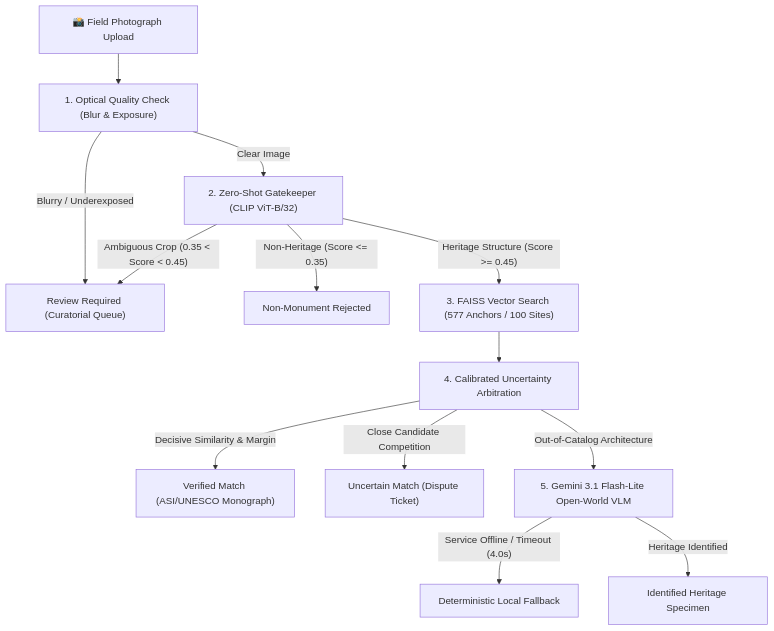
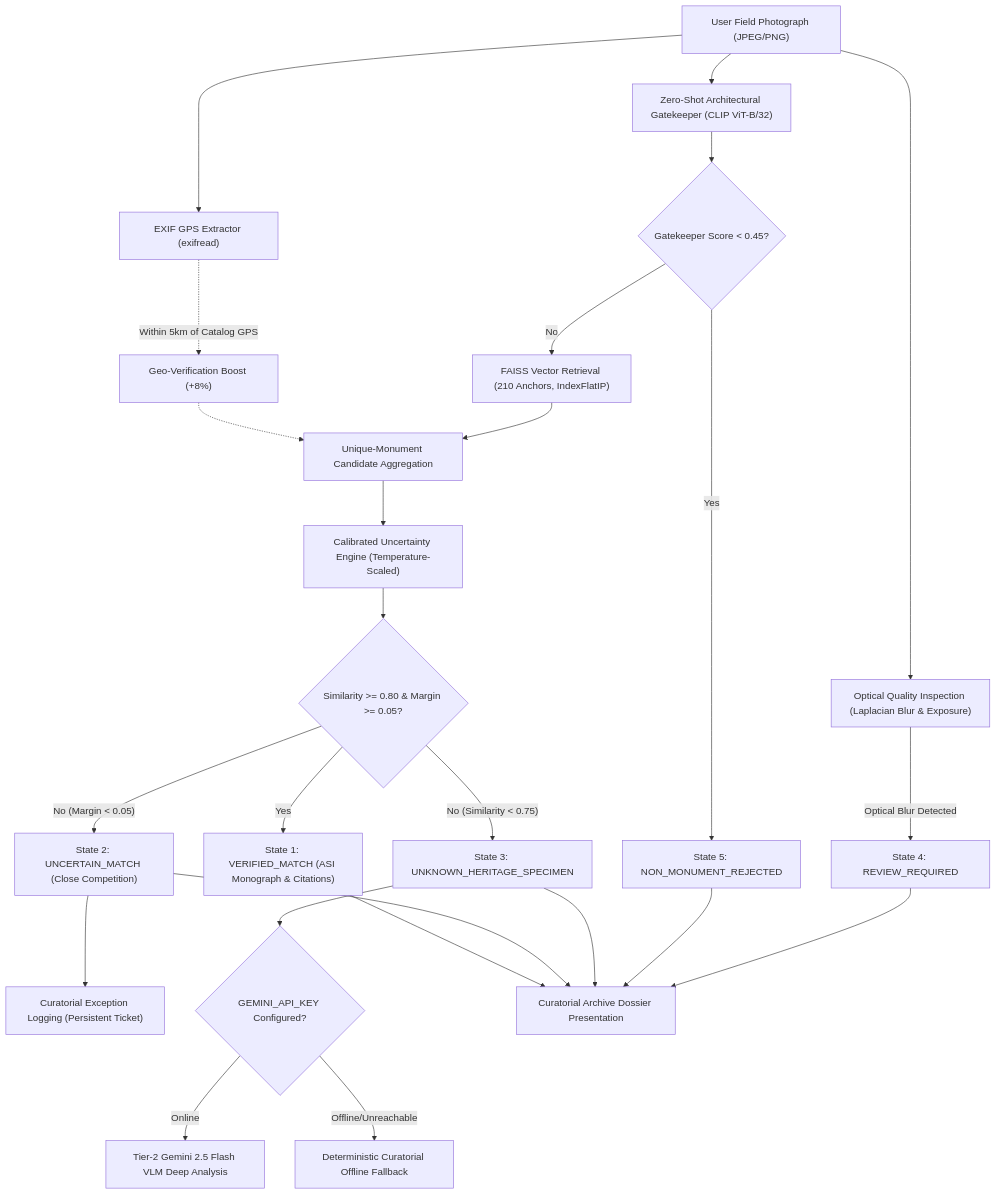
One commit to humaidmalik63-png/Heritage-Recognisation-System changed the diagram in README.md. Above: the diagram before and after it, drawn with Mermaid. The commit also changed other lines of this file and 172 other files, not shown here.

````diff
--- a/README.md
+++ b/README.md
@@ -73,20 +24,36 @@
 ```mermaid
 flowchart TD
-    User["📸 Field Photograph Upload"] --> Quality["1. Optical Quality Check (Blur & Exposure)"]
+    UserUpload["User Field Photograph (JPEG/PNG)"] --> Gatekeeper["Zero-Shot Architectural Gatekeeper (CLIP ViT-B/32)"]
+    UserUpload --> ExifEngine["EXIF GPS Extractor (exifread)"]
+    UserUpload --> QualityCheck["Optical Quality Inspection (Laplacian Blur & Exposure)"]
     
-    Quality -- Blurry / Underexposed --> ReviewReq["Review Required (Curatorial Queue)"]
-    Quality -- Clear Image --> Gatekeeper["2. Zero-Shot Gatekeeper (CLIP ViT-B/32)"]
+    QualityCheck -- Optical Blur Detected --> ReviewReq["State 4: REVIEW_REQUIRED"]
     
-    Gatekeeper -- Non-Heritage (Score <= 0.35) --> Reject["Non-Monument Rejected"]
-    Gatekeeper -- Ambiguous Crop (0.35 < Score < 0.45) --> ReviewReq
-    Gatekeeper -- Heritage Structure (Score >= 0.45) --> VectorSearch["3. FAISS Vector Search (577 Anchors / 100 Sites)"]
+    Gatekeeper --> GateCheck{"Gatekeeper Score < 0.45?"}
+    GateCheck -- Yes --> NonMon["State 5: NON_MONUMENT_REJECTED"]
     
-    VectorSearch --> CalibratedEngine["4. Calibrated Uncertainty Arbitration"]
+    GateCheck -- No --> FaissSearch["FAISS Vector Retrieval (210 Anchors, IndexFlatIP)"]
+    ExifEngine -. Within 5km of Catalog GPS .-> GeoBoost["Geo-Verification Boost (+8%)"]
+    GeoBoost -.-> CandidateFilter
+    FaissSearch --> CandidateFilter["Unique-Monument Candidate Aggregation"]
     
-    CalibratedEngine -- Decisive Similarity & Margin --> VerifiedMatch["Verified Match (ASI/UNESCO Monograph)"]
-    CalibratedEngine -- Close Candidate Competition --> Uncertain["Uncertain Match (Dispute Ticket)"]
-    CalibratedEngine -- Out-of-Catalog Architecture --> GeminiTier2["5. Gemini 3.1 Flash-Lite Open-World VLM"]
+    CandidateFilter --> UncertaintyEngine["Calibrated Uncertainty Engine (Temperature-Scaled)"]
     
-    GeminiTier2 -- Service Offline / Timeout (4.0s) --> DeterministicFallback["Deterministic Local Fallback"]
-    GeminiTier2 -- Heritage Identified --> OutOfCatalog["Identified Heritage Specimen"]
+    UncertaintyEngine --> DecisiveCheck{"Similarity >= 0.80 & Margin >= 0.05?"}
+    DecisiveCheck -- Yes --> VerifiedMatch["State 1: VERIFIED_MATCH (ASI Monograph & Citations)"]
+    
+    DecisiveCheck -- No (Margin < 0.05) --> UncertainMatch["State 2: UNCERTAIN_MATCH (Close Competition)"]
+    DecisiveCheck -- No (Similarity < 0.75) --> UnknownSpecimen["State 3: UNKNOWN_HERITAGE_SPECIMEN"]
+    
+    UncertainMatch --> ExceptionLogger["Curatorial Exception Logging (Persistent Ticket)"]
+    UnknownSpecimen --> Tier2Check{"GEMINI_API_KEY Configured?"}
+    
+    Tier2Check -- Online --> GeminiVLM["Tier-2 Gemini 2.5 Flash VLM Deep Analysis"]
+    Tier2Check -- Offline/Unreachable --> OfflineFallback["Deterministic Curatorial Offline Fallback"]
+    
+    VerifiedMatch --> Frontend["Curatorial Archive Dossier Presentation"]
+    UncertainMatch --> Frontend
+    UnknownSpecimen --> Frontend
+    NonMon --> Frontend
+    ReviewReq --> Frontend
 ```
````
